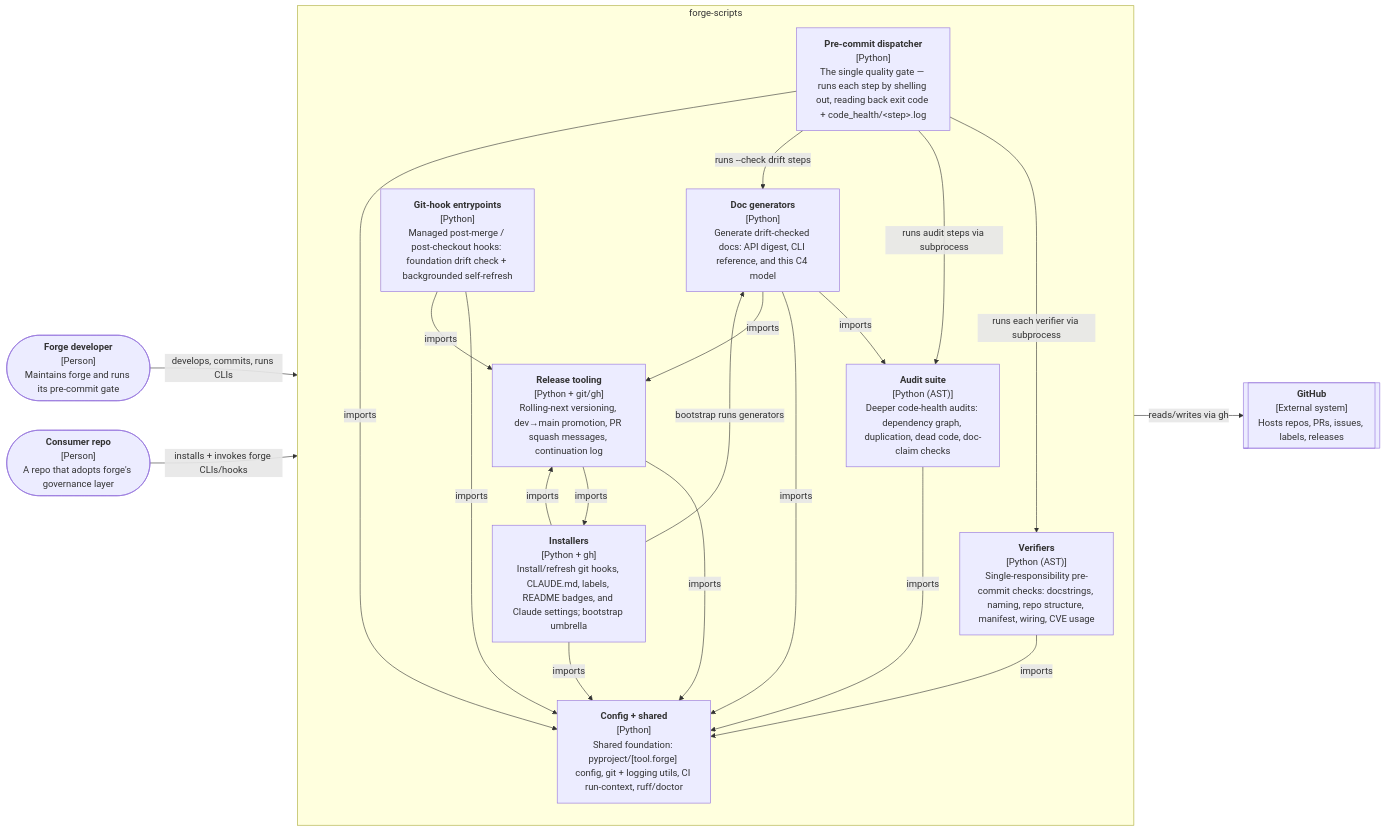
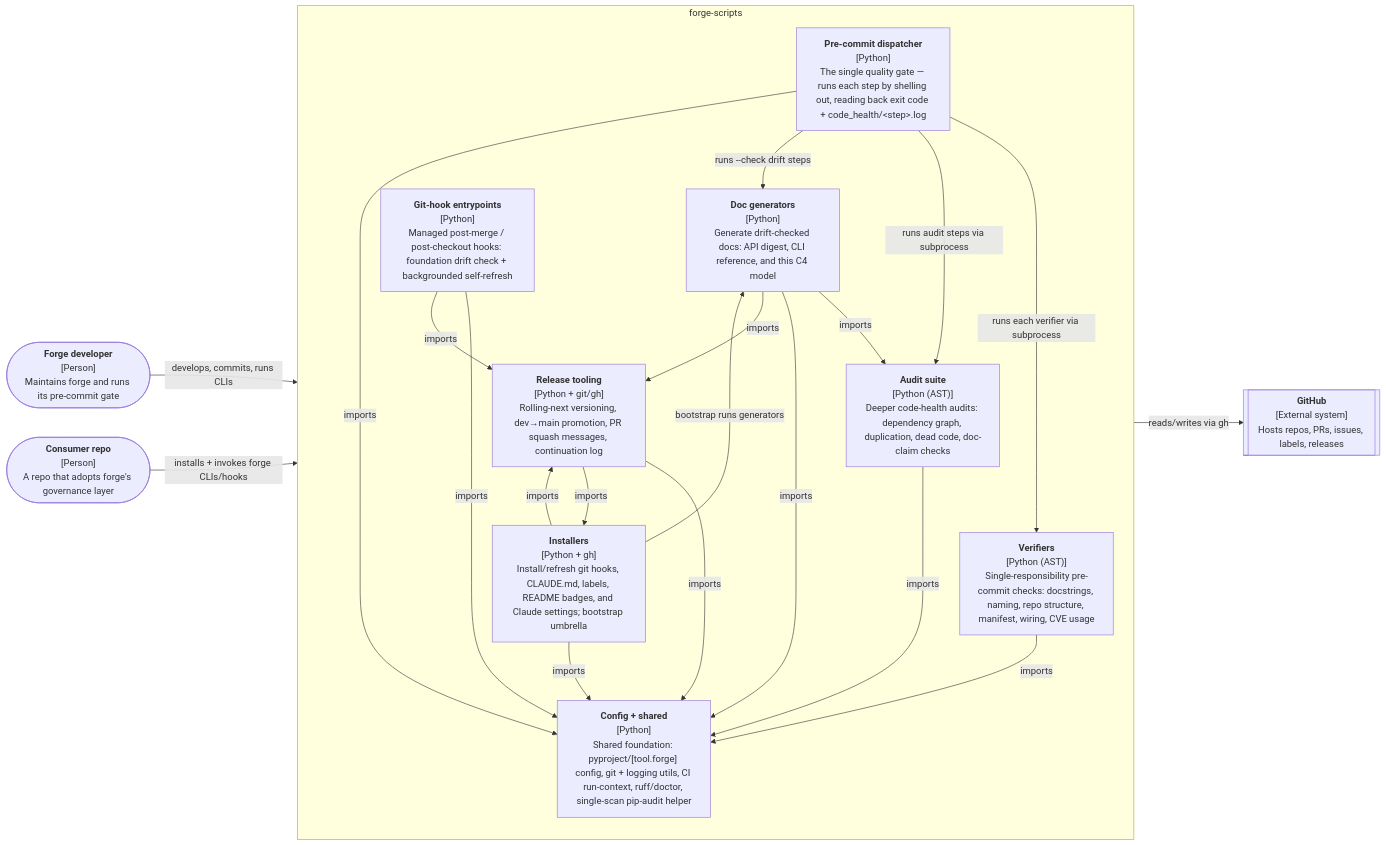
One commit to misnaej/forge changed the diagram in README.md. Above: the diagram before and after it, drawn with Mermaid. The commit also changed 2 other files, not shown here.

Commit message:
docs(c4): map forge.pip_audit_json into the Config + shared component
Assign dev's shared single-scan pip-audit helper to a C4 component so it
appears in forge's own architecture diagram; regenerate the DSL + README block.

````diff
--- a/README.md
+++ b/README.md
@@ -117,35 +117,35 @@
 ```mermaid
 graph LR
     forge_developer(["<b>Forge developer</b><br/>[Person]<br/>Maintains forge and runs its pre-commit gate"])
     consumer_repo(["<b>Consumer repo</b><br/>[Person]<br/>A repo that adopts forge's governance layer"])
     github[["<b>GitHub</b><br/>[External system]<br/>Hosts repos, PRs, issues, labels, releases"]]
     subgraph forge_scripts["forge-scripts"]
         pre_commit_dispatcher["<b>Pre-commit dispatcher</b><br/>[Python]<br/>The single quality gate — runs each step by shelling out, reading back exit code + code_health/&lt;step&gt;.log"]
         audit_suite["<b>Audit suite</b><br/>[Python (AST)]<br/>Deeper code-health audits: dependency graph, duplication, dead code, doc-claim checks"]
         verifiers["<b>Verifiers</b><br/>[Python (AST)]<br/>Single-responsibility pre-commit checks: docstrings, naming, repo structure, manifest, wiring, CVE usage"]
         installers["<b>Installers</b><br/>[Python + gh]<br/>Install/refresh git hooks, CLAUDE.md, labels, README badges, and Claude settings; bootstrap umbrella"]
         doc_generators["<b>Doc generators</b><br/>[Python]<br/>Generate drift-checked docs: API digest, CLI reference, and this C4 model"]
         git_hook_entrypoints["<b>Git-hook entrypoints</b><br/>[Python]<br/>Managed post-merge / post-checkout hooks: foundation drift check + backgrounded self-refresh"]
         release_tooling["<b>Release tooling</b><br/>[Python + git/gh]<br/>Rolling-next versioning, dev→main promotion, PR squash messages, continuation log"]
-        config_shared["<b>Config + shared</b><br/>[Python]<br/>Shared foundation: pyproject/[tool.forge] config, git + logging utils, CI run-context, ruff/doctor"]
+        config_shared["<b>Config + shared</b><br/>[Python]<br/>Shared foundation: pyproject/[tool.forge] config, git + logging utils, CI run-context, ruff/doctor, single-scan pip-audit helper"]
     end
     forge_developer -->|"develops, commits, runs CLIs"| forge_scripts
     consumer_repo -->|"installs + invokes forge CLIs/hooks"| forge_scripts
     forge_scripts -->|"reads/writes via gh"| github
     pre_commit_dispatcher -->|"runs each verifier via subprocess"| verifiers
     pre_commit_dispatcher -->|"runs audit steps via subprocess"| audit_suite
     pre_commit_dispatcher -->|"runs --check drift steps"| doc_generators
     installers -->|"bootstrap runs generators"| doc_generators
     audit_suite -->|"imports"| config_shared
     doc_generators -->|"imports"| audit_suite
     doc_generators -->|"imports"| config_shared
     doc_generators -->|"imports"| release_tooling
     git_hook_entrypoints -->|"imports"| config_shared
     git_hook_entrypoints -->|"imports"| release_tooling
     installers -->|"imports"| config_shared
     installers -->|"imports"| release_tooling
     pre_commit_dispatcher -->|"imports"| config_shared
     release_tooling -->|"imports"| config_shared
     release_tooling -->|"imports"| installers
     verifiers -->|"imports"| config_shared
 ```
````
